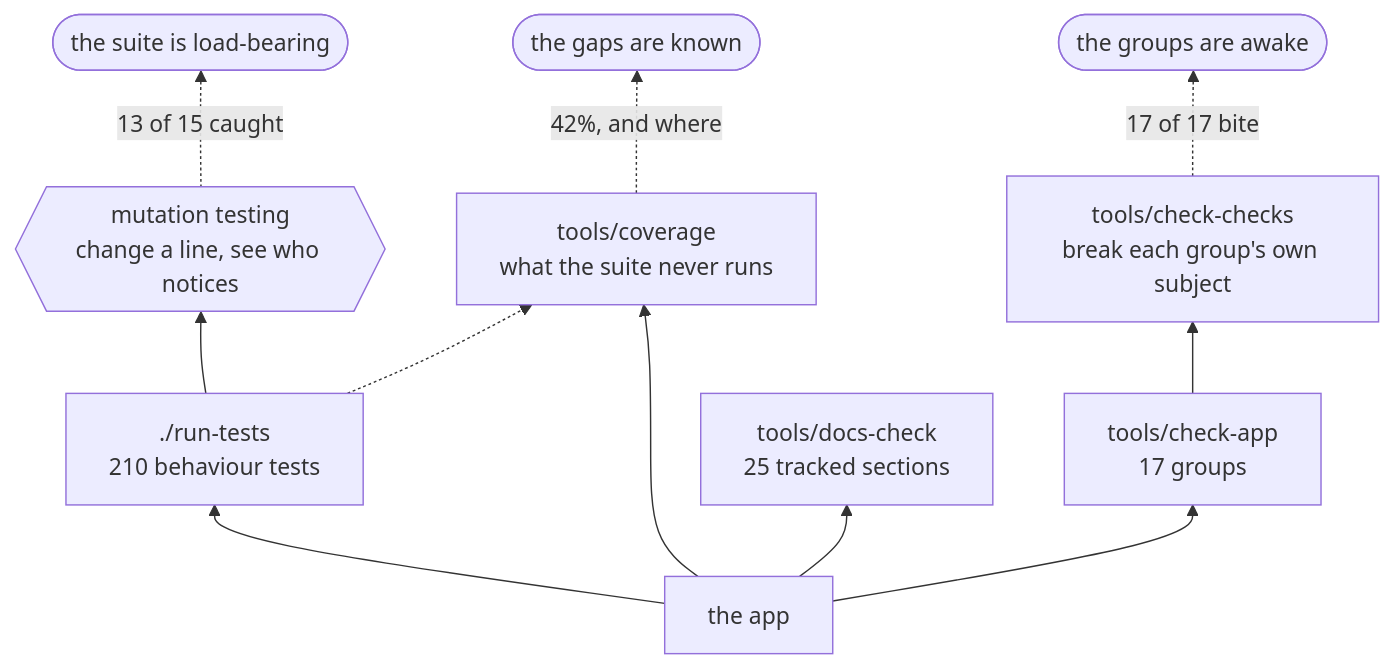
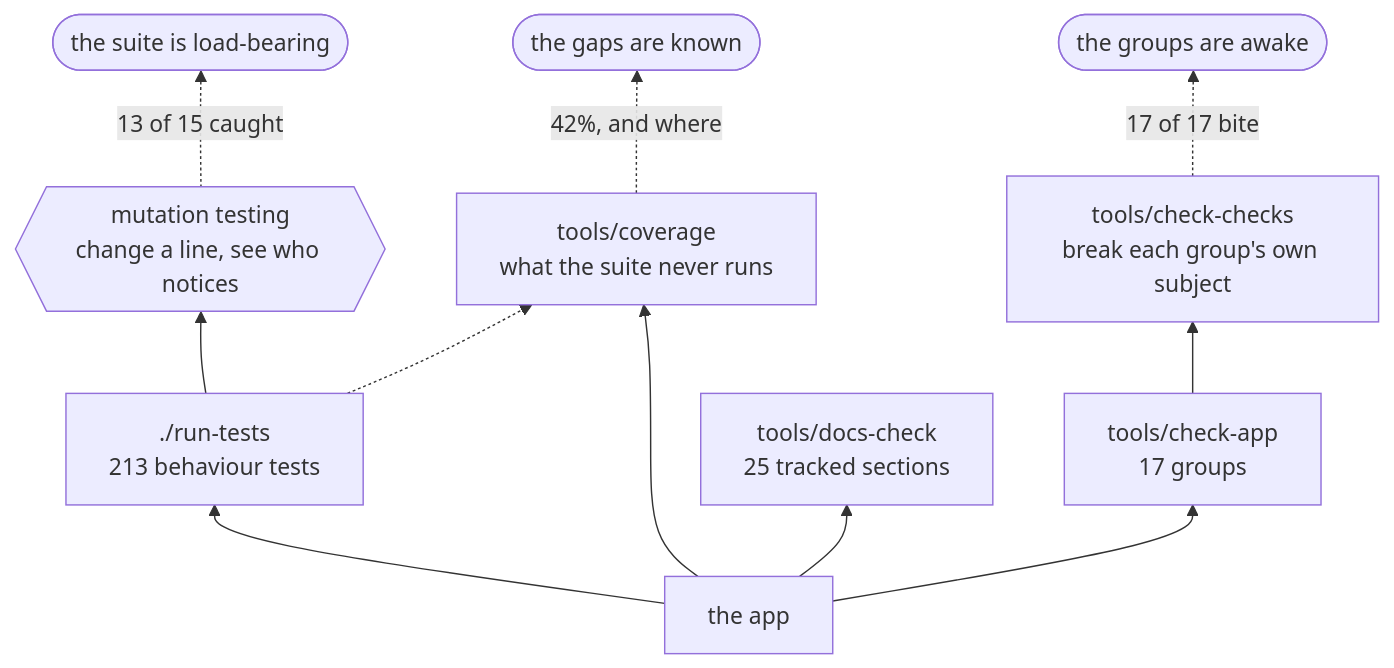
One commit to minormending/crystal-pilot-mobile changed the second of 2 diagrams in docs/DEVELOPING.md. Above: the diagram before and after it, drawn with Mermaid. The commit also changed 1 other file, not shown here.

Commit message:
Record the twentieth pass, and draw the two passes meeting
The pass asked a question the checks cannot ask: who calls this? The exports
group keeps every export honest, and methods are outside its reach for a stated
reason -- dynamic dispatch is real here, so a check strict enough to catch a dead
method would report every title script as dead too. Asked by hand, once, over
every method in the four directories: three answers, all twenty versions old,
tabled with why nothing called each.

The sweep also nearly took `normalise`, which the bag reader still uses -- a
reminder that "nothing calls it" and "nothing calls its neighbours" are
different findings, and worth the line it gets.

The diagram is the feature, because the feature is two earlier passes meeting:
the levels beside every species and the list of reachable named maps, which
separately answer nothing and together answer "then where should I go". The
verification is in the log because *which* place it named is the point -- the
nearer route was passed over, its ceiling being too low for the lead.

And one measurement that came free: the same route read Lv3-4 at one hour and
Lv4-5 at another.

````diff
--- a/docs/DEVELOPING.md
+++ b/docs/DEVELOPING.md
@@ -118,13 +118,13 @@
 ```mermaid
 flowchart BT
-    C["the app"] --> T["./run-tests<br/>210 behaviour tests"]
+    C["the app"] --> T["./run-tests<br/>213 behaviour tests"]
     C --> A["tools/check-app<br/>17 groups"]
     C --> D["tools/docs-check<br/>25 tracked sections"]
     C --> V["tools/coverage<br/>what the suite never runs"]
     T --> M{{"mutation testing<br/>change a line, see who notices"}}
     A --> K["tools/check-checks<br/>break each group's own subject"]
     T -.-> V
     M -.->|"13 of 15 caught"| R(["the suite is load-bearing"])
     K -.->|"17 of 17 bite"| R2(["the groups are awake"])
     V -.->|"42%, and where"| R3(["the gaps are known"])
 ```
````
